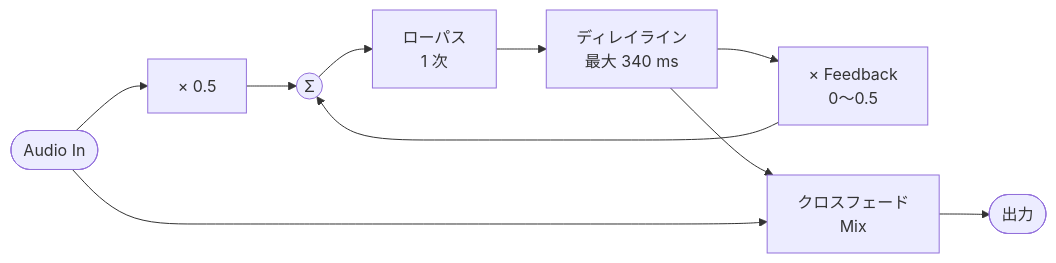
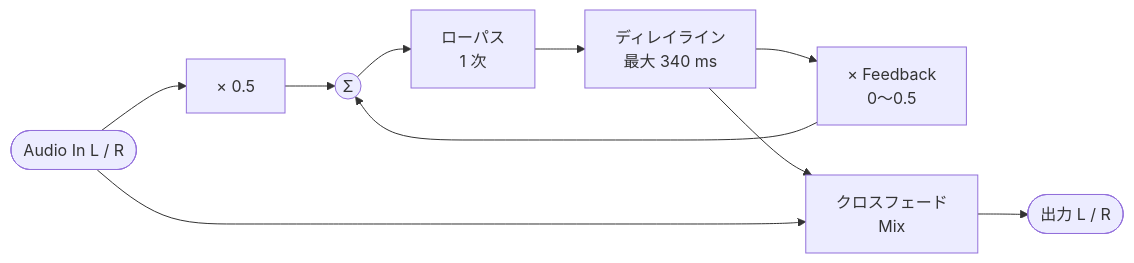
One commit to risgk/midi_synthesizer_spms1 changed the sixth of 6 diagrams in spms1_type2/README.ja.md. Above: the diagram before and after it, drawn with Mermaid. The commit also changed other lines of this file and 10 other files, not shown here.

````diff
--- a/spms1_type2/README.ja.md
+++ b/spms1_type2/README.ja.md
@@ -228,12 +264,12 @@
 ```mermaid
 flowchart LR
-  IN([Audio In]) --> H["× 0.5"]
+  IN([Audio In L / R]) --> H["× 0.5"]
   H --> SUM((Σ))
   SUM --> LPF["ローパス<br/>1 次"]
   LPF --> DL["ディレイライン<br/>最大 340 ms"]
   DL --> FB["× Feedback<br/>0〜0.5"]
   FB --> SUM
   DL --> X["クロスフェード<br/>Mix"]
   IN --> X
-  X --> OUT([出力])
+  X --> OUT([出力 L / R])
 ```
````
